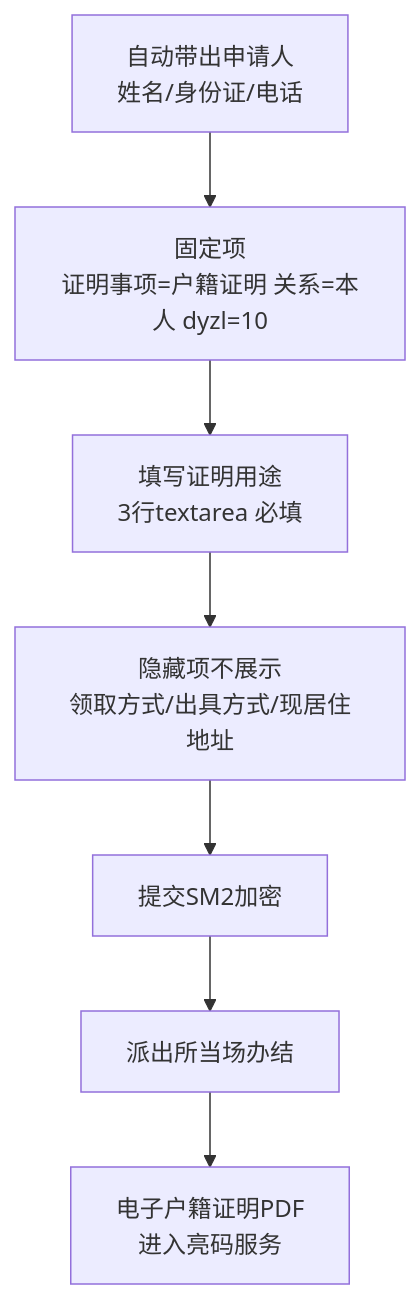
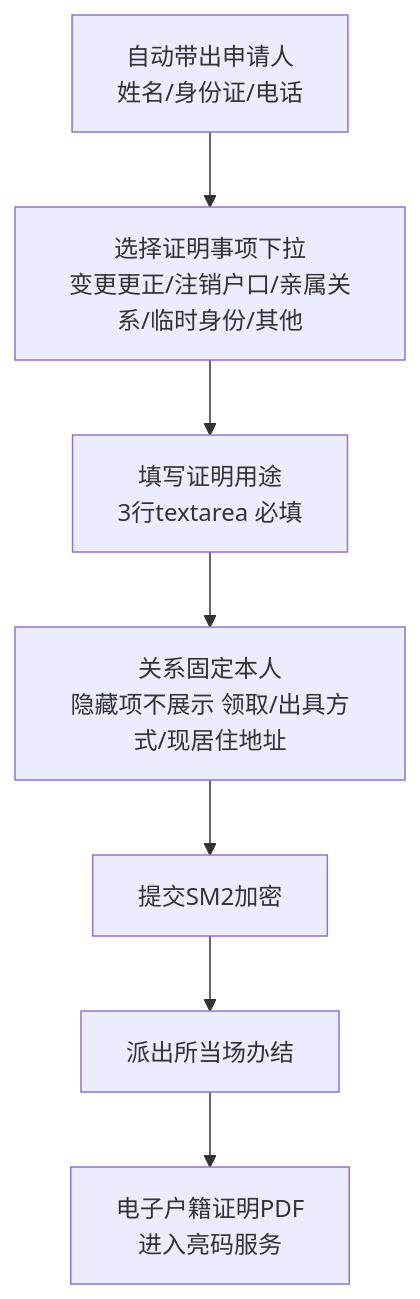
The third of 9 diagrams in 户政业务功能说明.md (ikid-zhang/linzhi-miniprogram-prototype), drawn with Mermaid before and after one commit. The commit also changed other lines of this file and 3 other files, not shown here.

````diff
--- a/户政业务功能说明.md
+++ b/户政业务功能说明.md
@@ -346,8 +378,8 @@
 ```mermaid
 flowchart TD
-    A[自动带出申请人<br/>姓名/身份证/电话] --> B[固定项<br/>证明事项=户籍证明 关系=本人 dyzl=10]
+    A[自动带出申请人<br/>姓名/身份证/电话] --> B[选择证明事项下拉<br/>变更更正/注销户口/亲属关系/临时身份/其他]
     B --> C[填写证明用途<br/>3行textarea 必填]
-    C --> D[隐藏项不展示<br/>领取方式/出具方式/现居住地址]
+    C --> D[关系固定本人<br/>隐藏项不展示 领取/出具方式/现居住地址]
     D --> E[提交SM2加密] --> F[派出所当场办结]
     F --> G[电子户籍证明PDF<br/>进入亮码服务]
 ```
````
